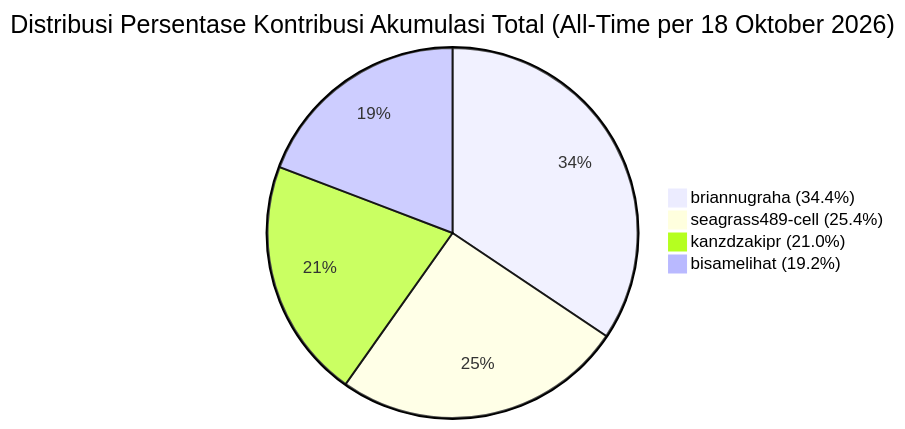
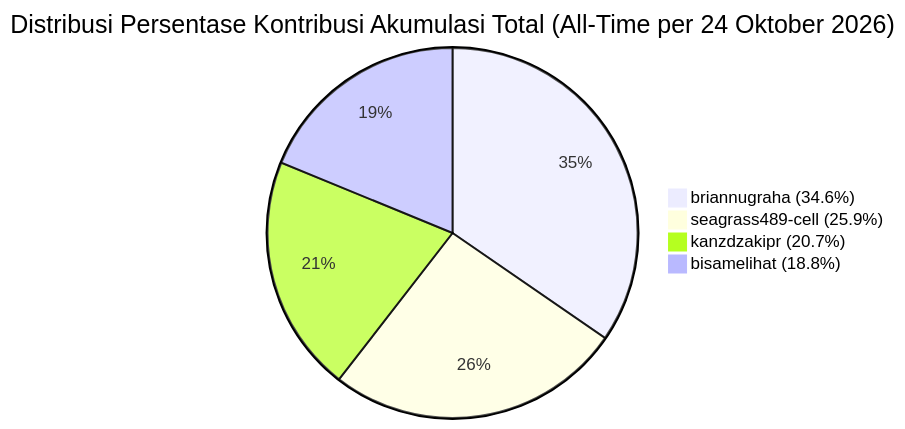
One commit to kanzdzakipr/ServicePlan-BRA changed the first of 4 diagrams in KONTRIBUSI_TIM.md. Above: the diagram before and after it, drawn with Mermaid. The commit also changed other lines of this file, not shown here.

````diff
--- a/KONTRIBUSI_TIM.md
+++ b/KONTRIBUSI_TIM.md
@@ -92,7 +92,7 @@
 ```mermaid
-pie title Distribusi Persentase Kontribusi Akumulasi Total (All-Time per 18 Oktober 2026)
-    "briannugraha (34.4%)" : 34.4
-    "seagrass489-cell (25.4%)" : 25.4
-    "kanzdzakipr (21.0%)" : 21.0
-    "bisamelihat (19.2%)" : 19.2
+pie title Distribusi Persentase Kontribusi Akumulasi Total (All-Time per 24 Oktober 2026)
+    "briannugraha (34.6%)" : 34.6
+    "seagrass489-cell (25.9%)" : 25.9
+    "kanzdzakipr (20.7%)" : 20.7
+    "bisamelihat (18.8%)" : 18.8
 ```
````
